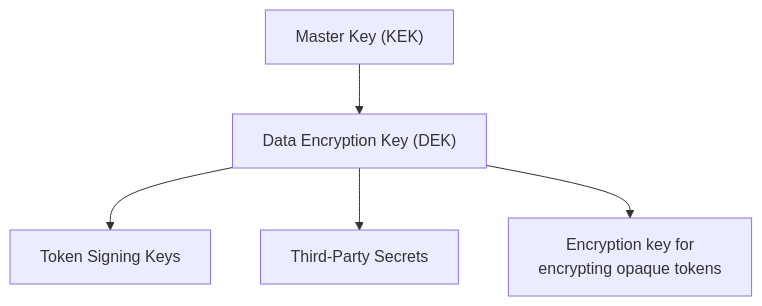
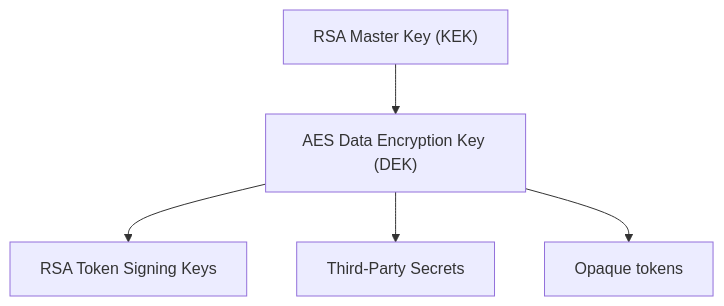
Before and after one commit to zitadel/nextgen: the diagram in docs/adrs/029-cryptography-secrets-and-key-lifecycle.md, drawn with Mermaid. The commit also changed other lines of this file, not shown here.

````diff
--- a/docs/adrs/029-cryptography-secrets-and-key-lifecycle.md
+++ b/docs/adrs/029-cryptography-secrets-and-key-lifecycle.md
@@ -81,14 +81,14 @@
 ```mermaid
 graph TD
 %% Nodes
-    MasterKey["Master Key (KEK)"]
-    DEK["Data Encryption Key (DEK)"]
-    TokenSigningKeys["Token Signing Keys"]
+    MasterKey["RSA Master Key (KEK)"]
+    DEK["AES Data Encryption Key (DEK)"]
+    TokenSigningKeys["RSA Token Signing Keys"]
     ThirdPartySecrets["Third-Party Secrets"]
-    ExternalTokenEncryptionKey["Encryption key for<br/>encrypting opaque tokens"]
+    OpaqueTokens["Opaque tokens"]
 %% Hierarchy Relationships
     MasterKey --> DEK
     DEK --> TokenSigningKeys
     DEK --> ThirdPartySecrets
-    DEK --> ExternalTokenEncryptionKey
+    DEK --> OpaqueTokens
  ```
````
